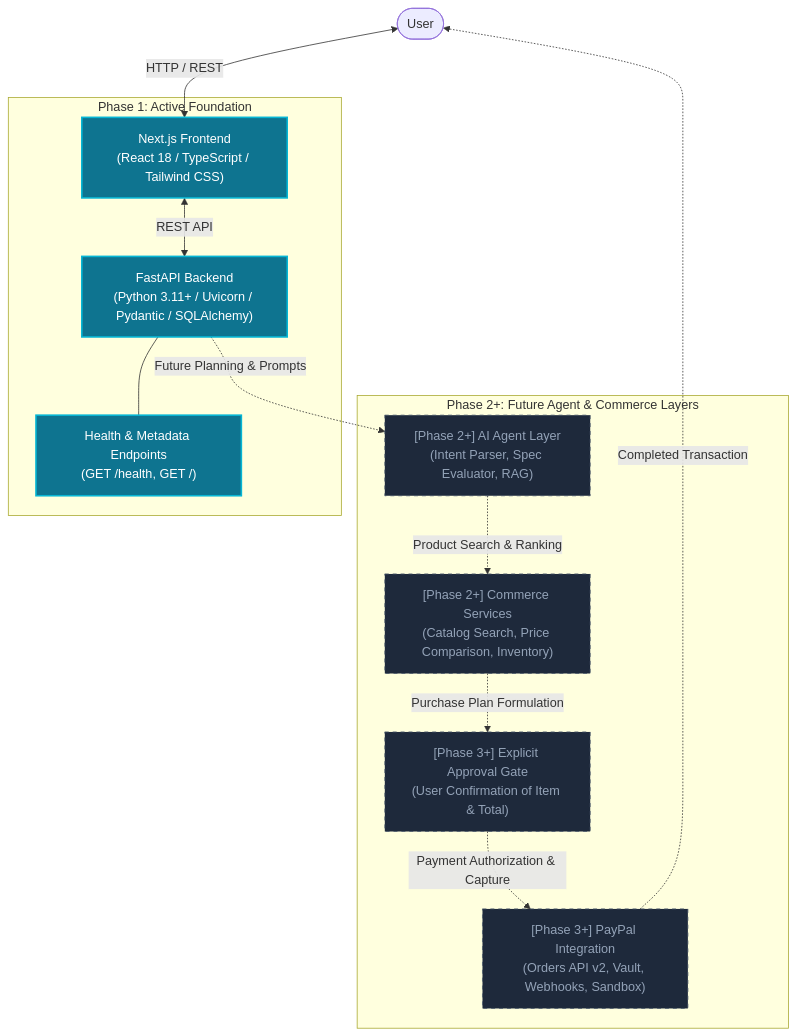
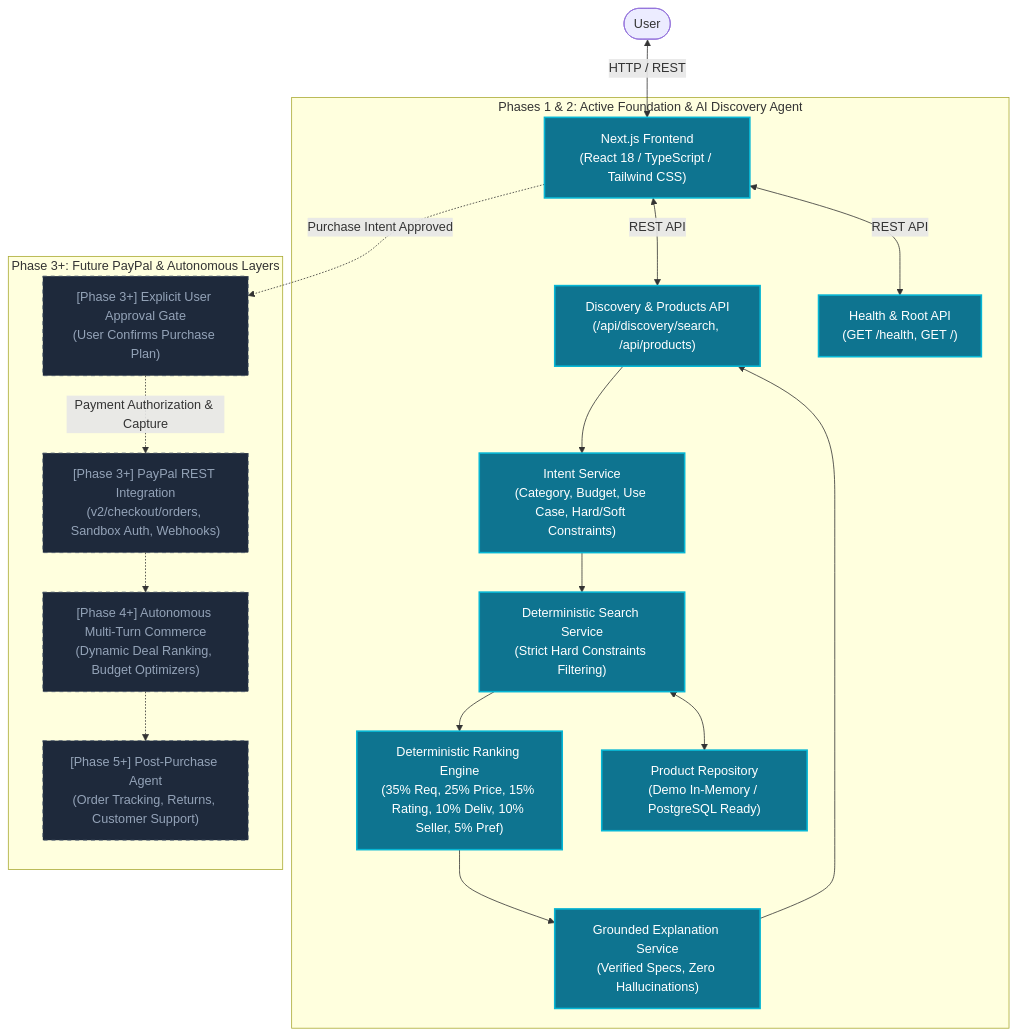
Before and after one commit to atleekumaar/paypilot: the diagram in docs/architecture.md, drawn with Mermaid. The commit also changed other lines of this file and 1 other file, not shown here.

Commit message:
docs: complete phase 2 documentation

````diff
--- a/docs/architecture.md
+++ b/docs/architecture.md
@@ -13,32 +13,42 @@
 ```mermaid
 flowchart TD
     User([User])
     
-    subgraph Phase1 ["Phase 1: Active Foundation"]
+    subgraph Phase1_2 ["Phases 1 & 2: Active Foundation & AI Discovery Agent"]
         Frontend["Next.js Frontend\n(React 18 / TypeScript / Tailwind CSS)"]
-        Backend["FastAPI Backend\n(Python 3.11+ / Uvicorn / Pydantic / SQLAlchemy)"]
-        HealthAPI["Health & Metadata Endpoints\n(GET /health, GET /)"]
+        DiscoveryAPI["Discovery & Products API\n(/api/discovery/search, /api/products)"]
+        HealthAPI["Health & Root API\n(GET /health, GET /)"]
+        IntentService["Intent Service\n(Category, Budget, Use Case, Hard/Soft Constraints)"]
+        SearchService["Deterministic Search Service\n(Strict Hard Constraints Filtering)"]
+        RankingService["Deterministic Ranking Engine\n(35% Req, 25% Price, 15% Rating, 10% Deliv, 10% Seller, 5% Pref)"]
+        ExplanationService["Grounded Explanation Service\n(Verified Specs, Zero Hallucinations)"]
+        Repository["Product Repository\n(Demo In-Memory / PostgreSQL Ready)"]
     end
 
-    subgraph FuturePhases ["Phase 2+: Future Agent & Commerce Layers"]
-        AILayer["[Phase 2+] AI Agent Layer\n(Intent Parser, Spec Evaluator, RAG)"]
-        Commerce["[Phase 2+] Commerce Services\n(Catalog Search, Price Comparison, Inventory)"]
-        ApprovalGate["[Phase 3+] Explicit Approval Gate\n(User Confirmation of Item & Total)"]
-        PayPalInt["[Phase 3+] PayPal Integration\n(Orders API v2, Vault, Webhooks, Sandbox)"]
+    subgraph FuturePhases ["Phase 3+: Future PayPal & Autonomous Layers"]
+        ApprovalGate["[Phase 3+] Explicit User Approval Gate\n(User Confirms Purchase Plan)"]
+        PayPalInt["[Phase 3+] PayPal REST Integration\n(v2/checkout/orders, Sandbox Auth, Webhooks)"]
+        AgenticCommerce["[Phase 4+] Autonomous Multi-Turn Commerce\n(Dynamic Deal Ranking, Budget Optimizers)"]
+        PostPurchase["[Phase 5+] Post-Purchase Agent\n(Order Tracking, Returns, Customer Support)"]
     end
 
     User <-->|HTTP / REST| Frontend
-    Frontend <-->|REST API| Backend
-    Backend --- HealthAPI
-    
-    Backend -.->|Future Planning & Prompts| AILayer
-    AILayer -.->|Product Search & Ranking| Commerce
-    Commerce -.->|Purchase Plan Formulation| ApprovalGate
+    Frontend <-->|REST API| DiscoveryAPI
+    Frontend <-->|REST API| HealthAPI
+    DiscoveryAPI --> IntentService
+    IntentService --> SearchService
+    SearchService <--> Repository
+    SearchService --> RankingService
+    RankingService --> ExplanationService
+    ExplanationService --> DiscoveryAPI
+
+    Frontend -.->|Purchase Intent Approved| ApprovalGate
     ApprovalGate -.->|Payment Authorization & Capture| PayPalInt
-    PayPalInt -.->|Completed Transaction| User
+    PayPalInt -.-> AgenticCommerce
+    AgenticCommerce -.-> PostPurchase
 
     classDef active fill:#0e7490,stroke:#06b6d4,stroke-width:2px,color:#fff;
     classDef future fill:#1e293b,stroke:#475569,stroke-width:1px,stroke-dasharray: 5 5,color:#94a3b8;
-    class Frontend,Backend,HealthAPI active;
-    class AILayer,Commerce,ApprovalGate,PayPalInt future;
+    class Frontend,DiscoveryAPI,HealthAPI,IntentService,SearchService,RankingService,ExplanationService,Repository active;
+    class ApprovalGate,PayPalInt,AgenticCommerce,PostPurchase future;
 ```
````
